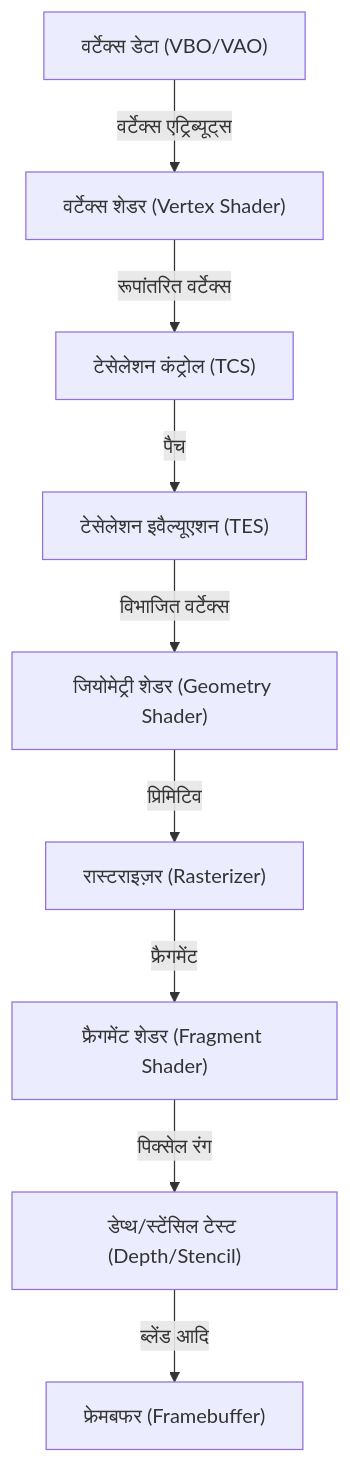
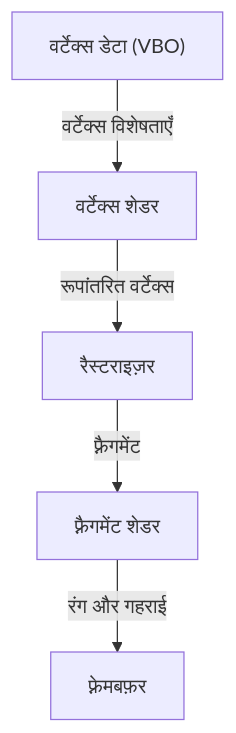
One commit to kenjinote/blog changed the second of 2 diagrams in content/post/opengl-basics-and-history/index.hi.md. Above: the diagram before and after it, drawn with Mermaid. The commit also changed other lines of this file and 129 other files, not shown here.

````diff
--- a/content/post/opengl-basics-and-history/index.hi.md
+++ b/content/post/opengl-basics-and-history/index.hi.md
@@ -69,21 +48,7 @@
 ```mermaid
 graph TD
-    VBO["वर्टेक्स डेटा (VBO/VAO)"]
-    VS["वर्टेक्स शेडर (Vertex Shader)"]
-    TC["टेसेलेशन कंट्रोल (TCS)"]
-    TE["टेसेलेशन इवैल्यूएशन (TES)"]
-    GS["जियोमेट्री शेडर (Geometry Shader)"]
-    RS["रास्टराइज़र (Rasterizer)"]
-    FS["फ्रैगमेंट शेडर (Fragment Shader)"]
-    TEST["डेप्थ/स्टेंसिल टेस्ट (Depth/Stencil)"]
-    FB["फ्रेमबफर (Framebuffer)"]
-
-    VBO -- "वर्टेक्स एट्रिब्यूट्स" --> VS
-    VS -- "रूपांतरित वर्टेक्स" --> TC
-    TC -- "पैच" --> TE
-    TE -- "विभाजित वर्टेक्स" --> GS
-    GS -- "प्रिमिटिव" --> RS
-    RS -- "फ्रैगमेंट" --> FS
-    FS -- "पिक्सेल रंग" --> TEST
-    TEST -- "ब्लेंड आदि" --> FB
+    VBO["वर्टेक्स डेटा (VBO)"] -- "वर्टेक्स विशेषताएँ" --> VS["वर्टेक्स शेडर"]
+    VS -- "रूपांतरित वर्टेक्स" --> RS["रैस्टराइज़र"]
+    RS -- "फ़्रैगमेंट" --> FS["फ़्रैगमेंट शेडर"]
+    FS -- "रंग और गहराई" --> FB["फ़्रेमबफ़र"]
 ```
````
